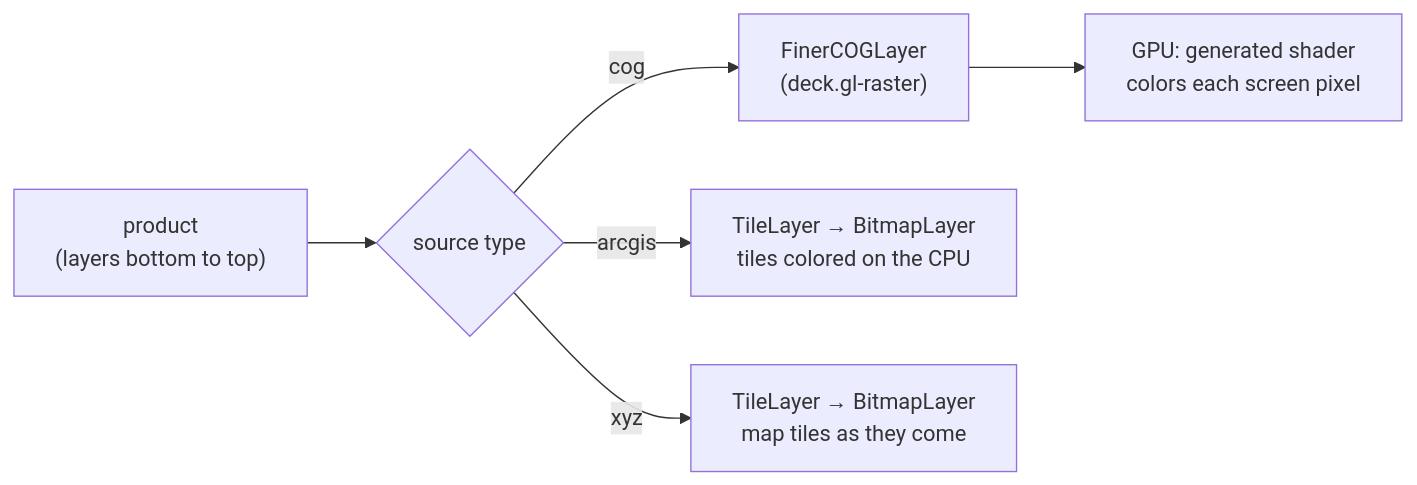
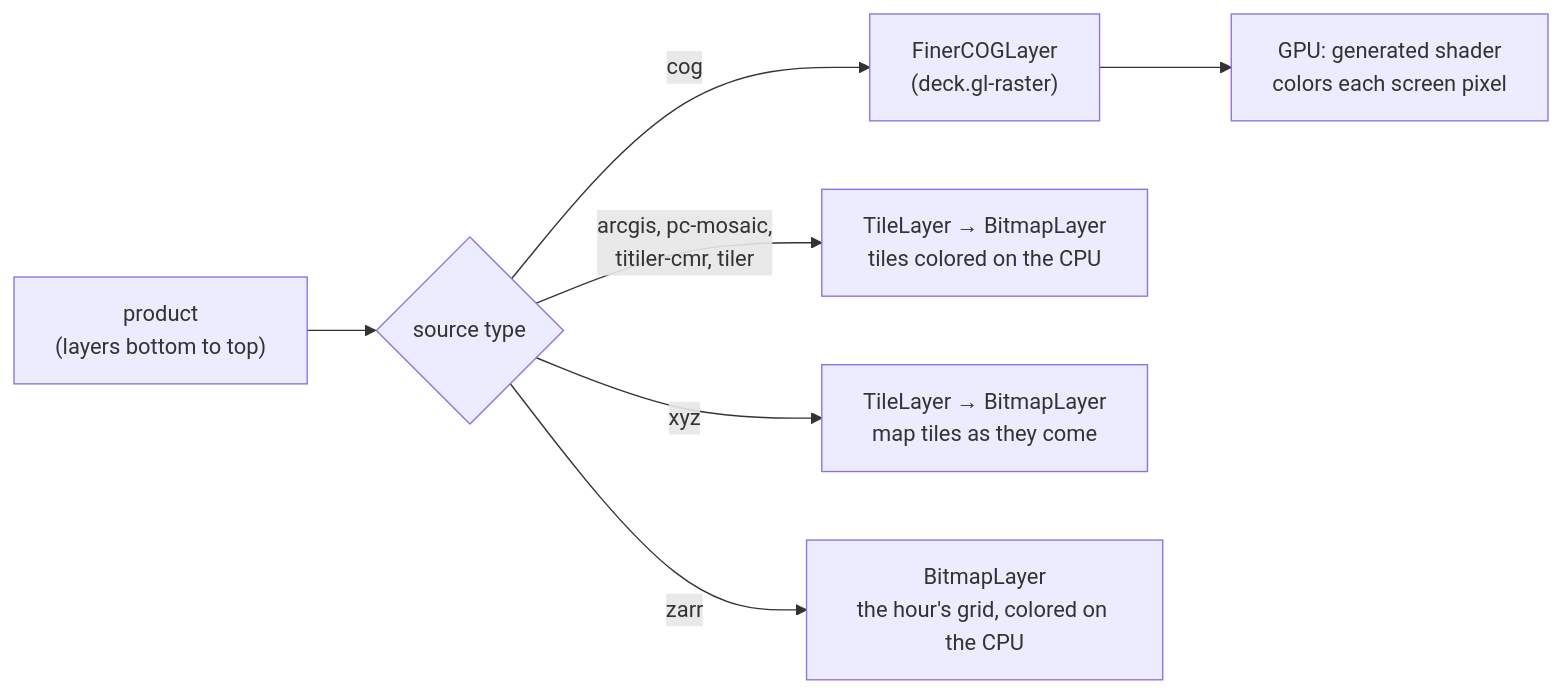
One commit to YCGS-lab/multi-resolution-new-haven changed the second of 3 diagrams in docs/website/index.md. Above: the diagram before and after it, drawn with Mermaid. The commit also changed other lines of this file and 16 other files, not shown here.

````diff
--- a/docs/website/index.md
+++ b/docs/website/index.md
@@ -50,8 +71,9 @@
 ```mermaid
 flowchart LR
   P["product<br/>(layers bottom to top)"] --> L{"source type"}
   L -->|cog| C["FinerCOGLayer<br/>(deck.gl-raster)"]
-  L -->|arcgis| A["TileLayer → BitmapLayer<br/>tiles colored on the CPU"]
+  L -->|"arcgis, pc-mosaic,<br/>titiler-cmr, tiler"| A["TileLayer → BitmapLayer<br/>tiles colored on the CPU"]
   L -->|xyz| X["TileLayer → BitmapLayer<br/>map tiles as they come"]
+  L -->|zarr| Z["BitmapLayer<br/>the hour's grid, colored on the CPU"]
   C --> GPU["GPU: generated shader<br/>colors each screen pixel"]
 ```
````
